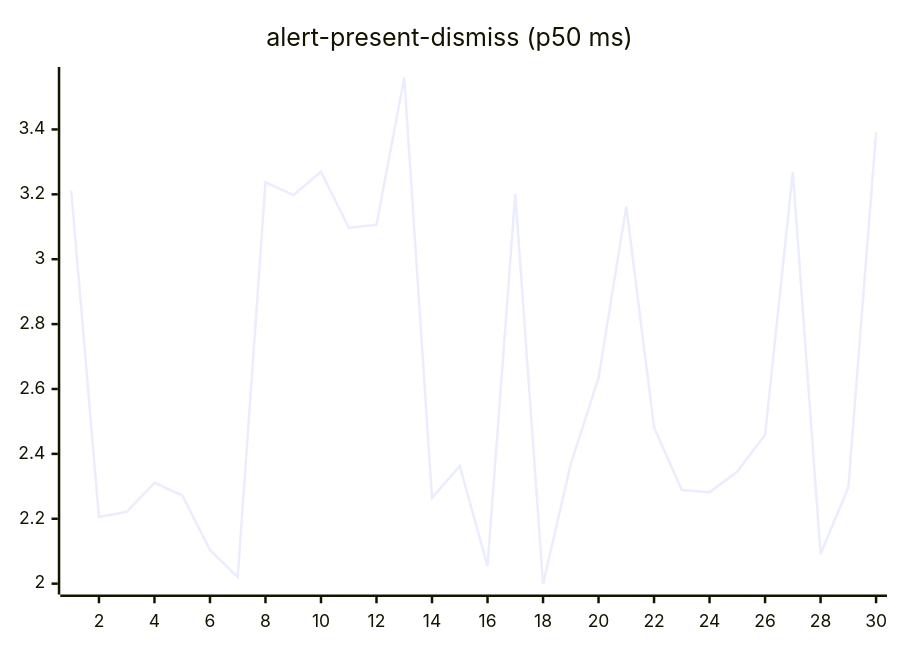
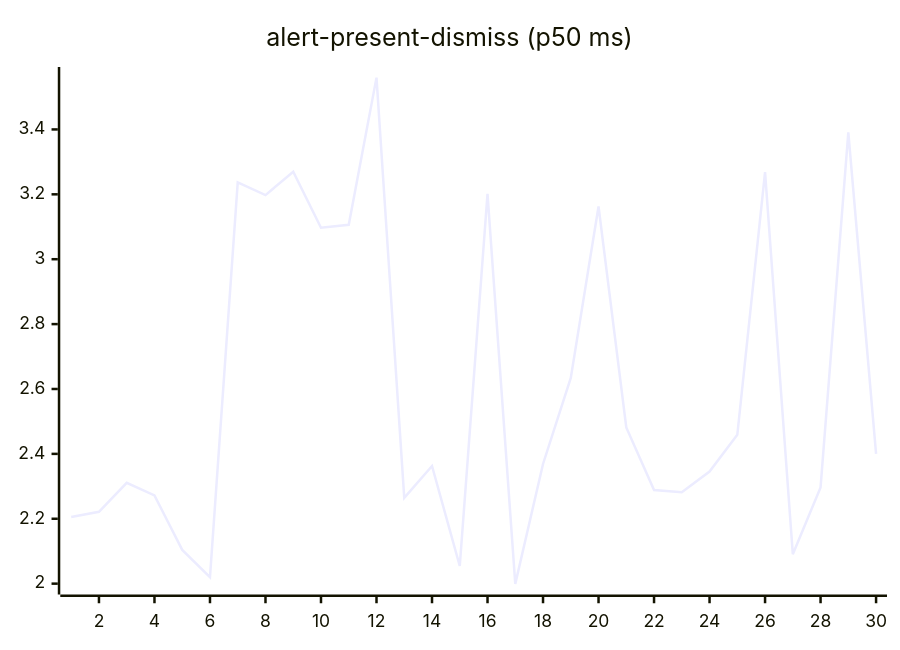
Before and after one commit to josha/Facet: the second of 27 diagrams in README.md, drawn with Mermaid. The commit also changed other lines of this file and 2 other files, not shown here.

````diff
--- a/README.md
+++ b/README.md
@@ -70,6 +70,6 @@
 ```mermaid
 xychart-beta
     title "alert-present-dismiss (p50 ms)"
     x-axis 1 --> 30
-    line [3.2117, 2.2054, 2.2216, 2.3109, 2.2722, 2.1040, 2.0200, 3.2371, 3.1976, 3.2697, 3.0970, 3.1061, 3.5597, 2.2642, 2.3626, 2.0543, 3.2013, 1.9993, 2.3689, 2.6340, 3.1626, 2.4814, 2.2888, 2.2819, 2.3455, 2.4588, 3.2682, 2.0908, 2.2965, 3.3910]
+    line [2.2054, 2.2216, 2.3109, 2.2722, 2.1040, 2.0200, 3.2371, 3.1976, 3.2697, 3.0970, 3.1061, 3.5597, 2.2642, 2.3626, 2.0543, 3.2013, 1.9993, 2.3689, 2.6340, 3.1626, 2.4814, 2.2888, 2.2819, 2.3455, 2.4588, 3.2682, 2.0908, 2.2965, 3.3910, 2.4000]
 ```
````
